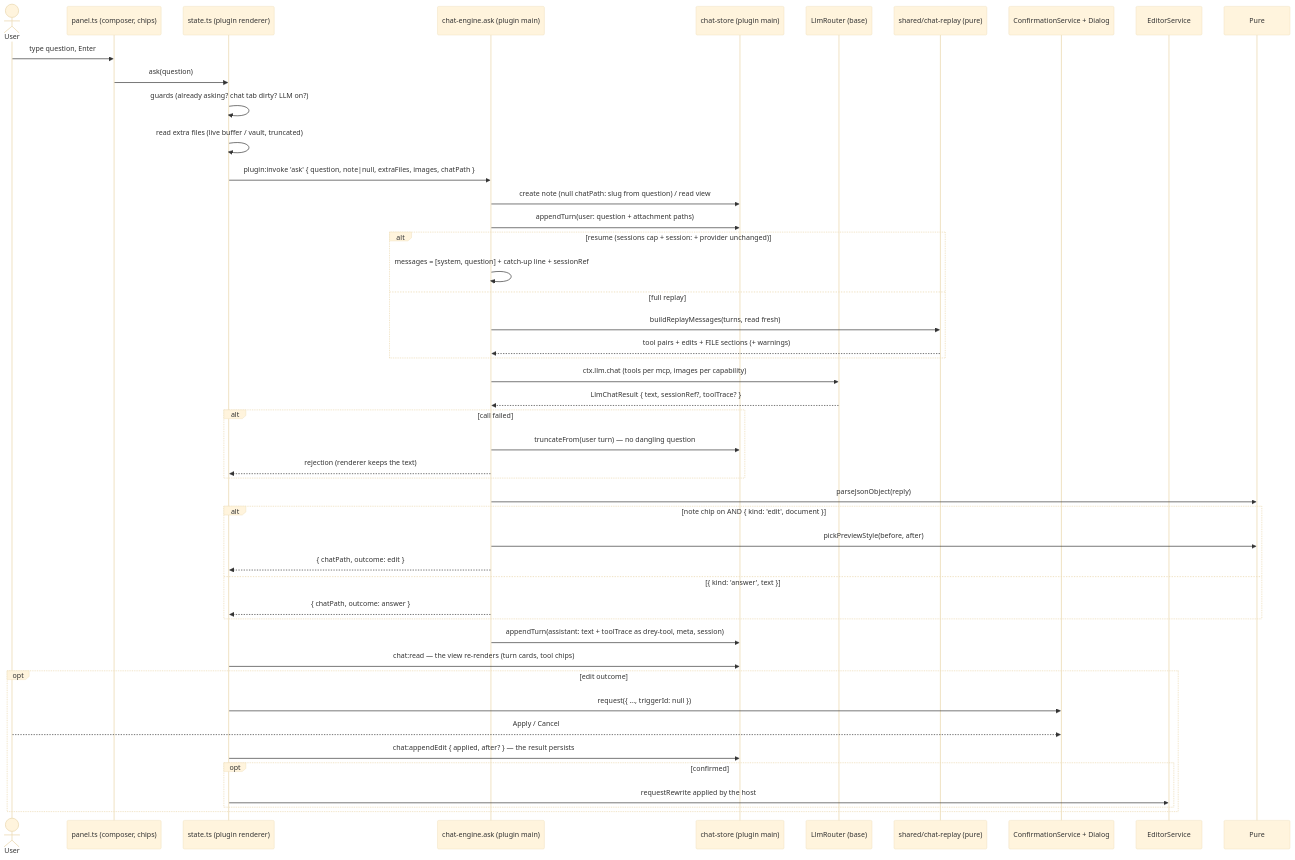
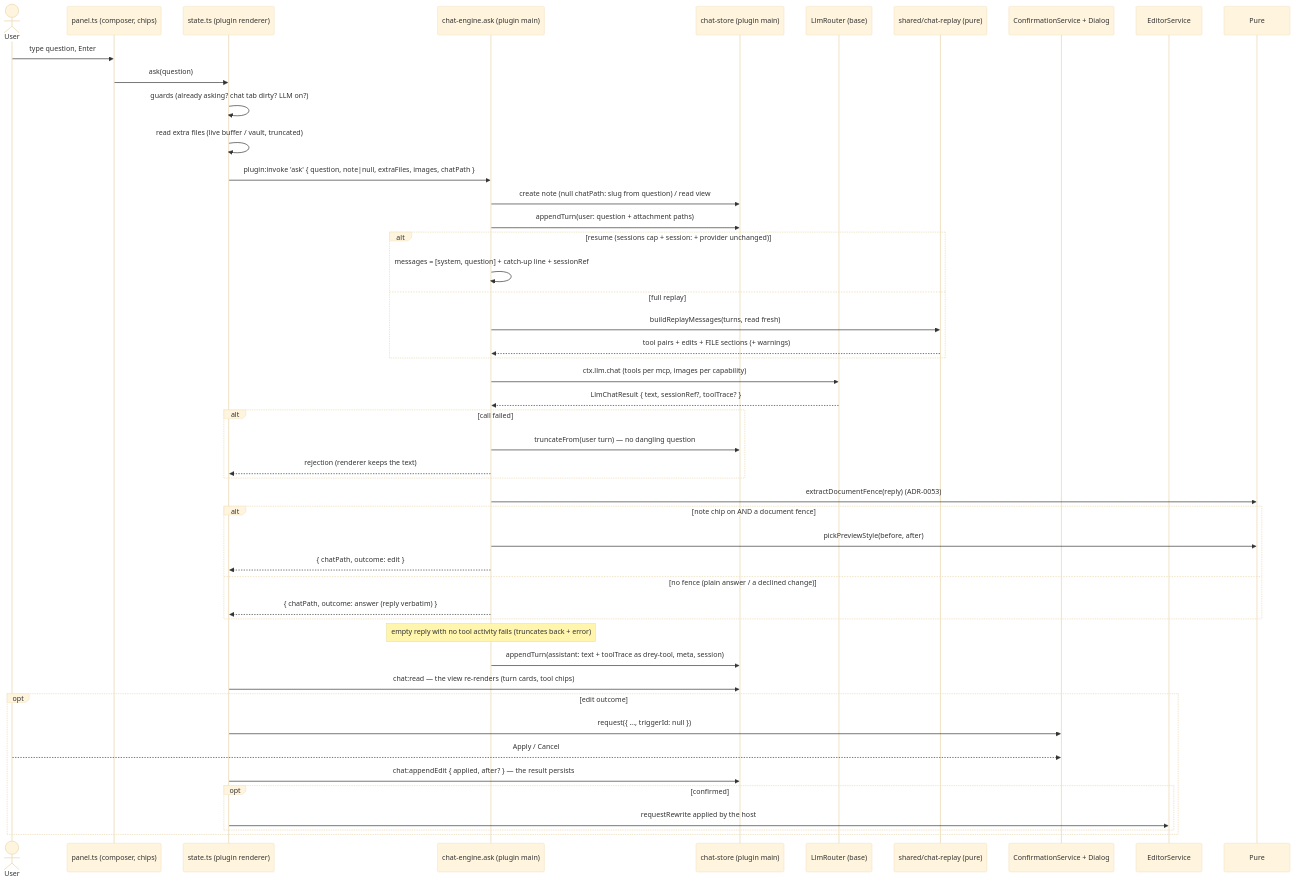
Before and after one commit to HenrikPuls/Drey: the seventh of 41 diagrams in docs/06_runtime_view.md, drawn with Mermaid (base theme). The commit also changed other lines of this file and 1 other file, not shown here.

````diff
--- a/docs/06_runtime_view.md
+++ b/docs/06_runtime_view.md
@@ -425,49 +425,50 @@
 ```mermaid
 sequenceDiagram
     actor User
     participant Panel as panel.ts (composer, chips)
     participant State as state.ts (plugin renderer)
     participant Engine as chat-engine.ask (plugin main)
     participant Store as chat-store (plugin main)
     participant LM as LlmRouter (base)
     participant Replay as shared/chat-replay (pure)
     participant Confirm as ConfirmationService + Dialog
     participant EditorService
 
     User->>Panel: type question, Enter
     Panel->>State: ask(question)
     State->>State: guards (already asking? chat tab dirty? LLM on?)
     State->>State: read extra files (live buffer / vault, truncated)
     State->>Engine: plugin:invoke 'ask' { question, note|null, extraFiles, images, chatPath }
     Engine->>Store: create note (null chatPath: slug from question) / read view
     Engine->>Store: appendTurn(user: question + attachment paths)
     alt resume (sessions cap + session: + provider unchanged)
         Engine->>Engine: messages = [system, question] + catch-up line + sessionRef
     else full replay
         Engine->>Replay: buildReplayMessages(turns, read fresh)
         Replay-->>Engine: tool pairs + edits + FILE sections (+ warnings)
     end
     Engine->>LM: ctx.llm.chat (tools per mcp, images per capability)
     LM-->>Engine: LlmChatResult { text, sessionRef?, toolTrace? }
     alt call failed
         Engine->>Store: truncateFrom(user turn) — no dangling question
         Engine-->>State: rejection (renderer keeps the text)
     end
-    Engine->>Pure: parseJsonObject(reply)
-    alt note chip on AND { kind: 'edit', document }
+    Engine->>Pure: extractDocumentFence(reply) (ADR-0053)
+    alt note chip on AND a document fence
         Engine->>Pure: pickPreviewStyle(before, after)
         Engine-->>State: { chatPath, outcome: edit }
-    else { kind: 'answer', text }
-        Engine-->>State: { chatPath, outcome: answer }
+    else no fence (plain answer / a declined change)
+        Engine-->>State: { chatPath, outcome: answer (reply verbatim) }
     end
+    note over Engine: empty reply with no tool activity fails (truncates back + error)
     Engine->>Store: appendTurn(assistant: text + toolTrace as drey-tool, meta, session)
     State->>Store: chat:read — the view re-renders (turn cards, tool chips)
     opt edit outcome
         State->>Confirm: request({ ..., triggerId: null })
         User-->>Confirm: Apply / Cancel
         State->>Store: chat:appendEdit { applied, after? } — the result persists
         opt confirmed
             State->>EditorService: requestRewrite applied by the host
         end
     end
 ```
````
